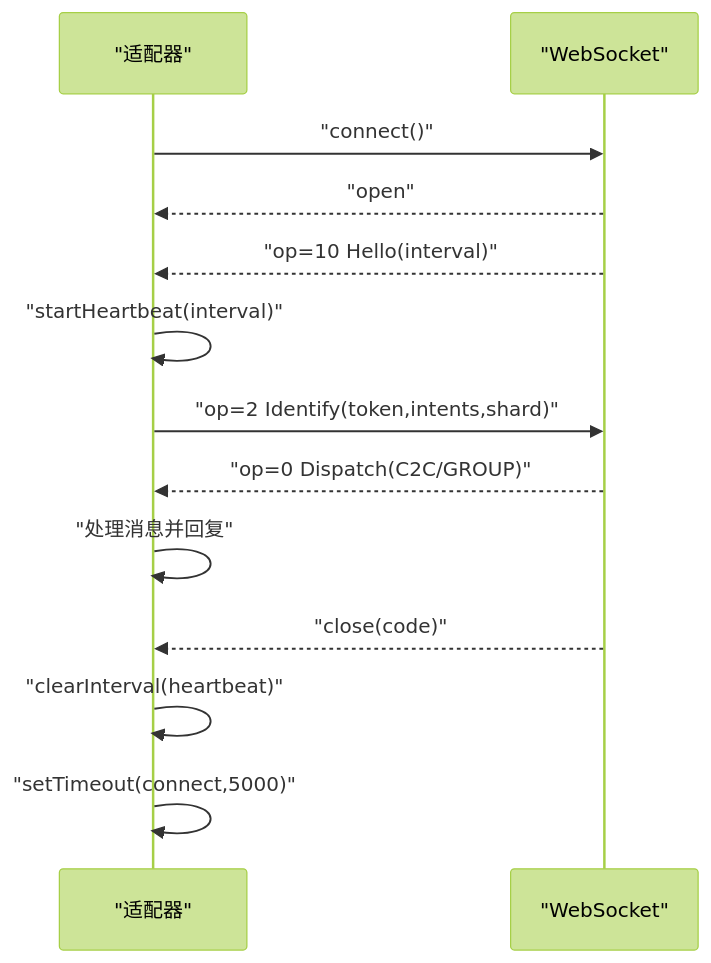
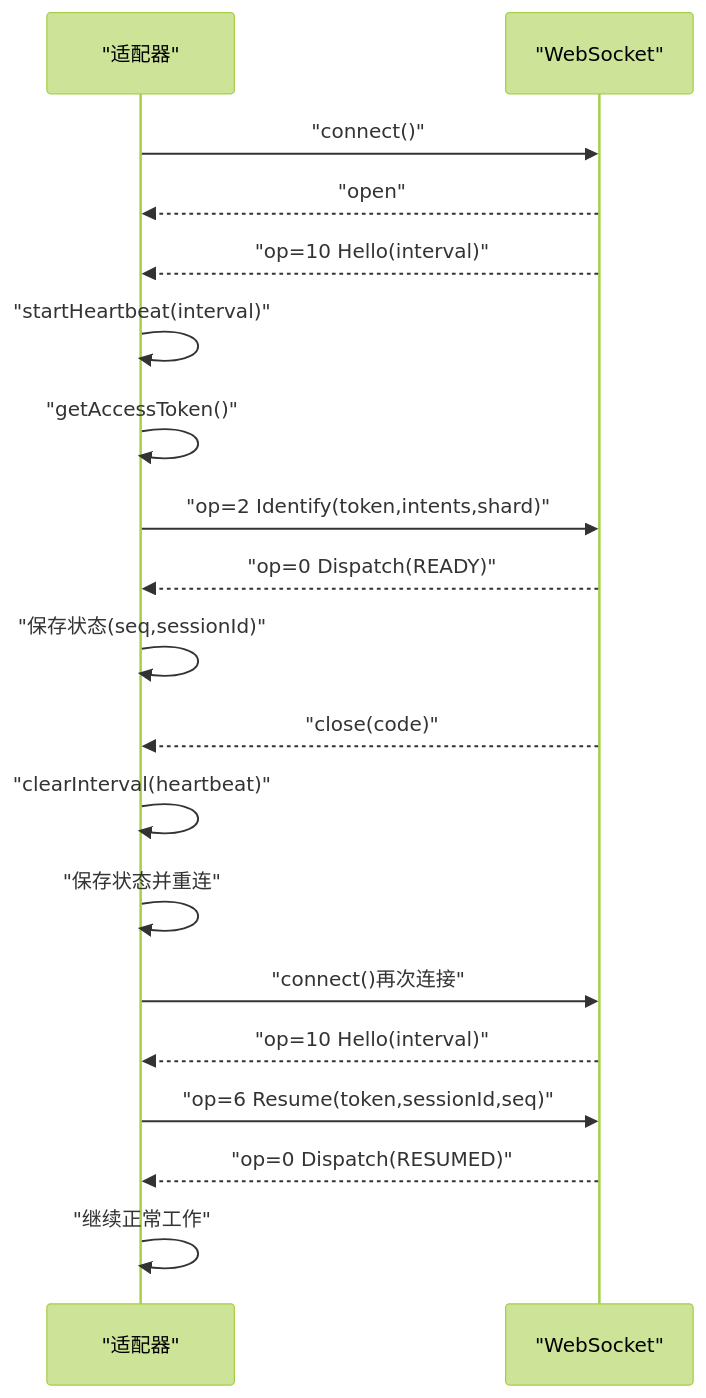
One commit to L1mingyoung/ex changed the ninth of 11 diagrams in .qoder/repowiki/zh/content/多平台适配器/QQ机器人适配器.md. Above: the diagram before and after it, drawn with Mermaid (forest theme). The commit also changed other lines of this file and 17 other files, not shown here.

````diff
--- a/.qoder/repowiki/zh/content/多平台适配器/QQ机器人适配器.md
+++ b/.qoder/repowiki/zh/content/多平台适配器/QQ机器人适配器.md
@@ -212,15 +370,21 @@
 ```mermaid
 sequenceDiagram
 participant A as "适配器"
 participant W as "WebSocket"
 A->>W : "connect()"
 W-->>A : "open"
 W-->>A : "op=10 Hello(interval)"
 A->>A : "startHeartbeat(interval)"
+A->>A : "getAccessToken()"
 A->>W : "op=2 Identify(token,intents,shard)"
-W-->>A : "op=0 Dispatch(C2C/GROUP)"
-A->>A : "处理消息并回复"
+W-->>A : "op=0 Dispatch(READY)"
+A->>A : "保存状态(seq,sessionId)"
 W-->>A : "close(code)"
 A->>A : "clearInterval(heartbeat)"
-A->>A : "setTimeout(connect,5000)"
+A->>A : "保存状态并重连"
+A->>W : "connect()再次连接"
+W-->>A : "op=10 Hello(interval)"
+A->>W : "op=6 Resume(token,sessionId,seq)"
+W-->>A : "op=0 Dispatch(RESUMED)"
+A->>A : "继续正常工作"
 ```
````
